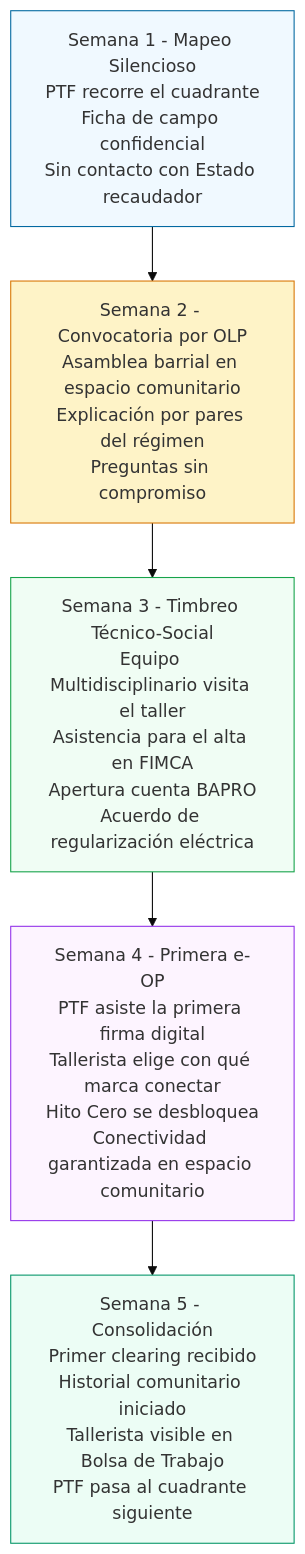
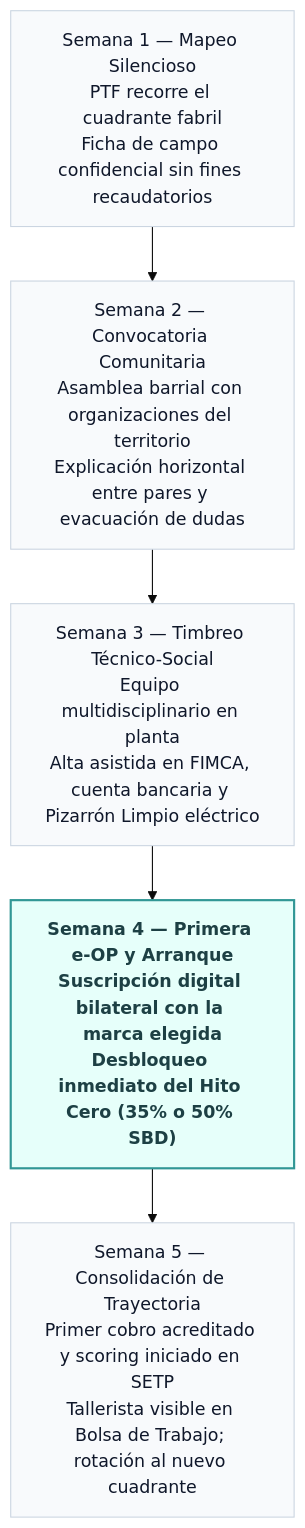
Before and after one commit to sarthouse/indinopy: the diagram in docs/md/dossier_fimca_addenda3.md, drawn with Mermaid (base theme). The commit also changed other lines of this file and 11 other files, not shown here.

````diff
--- a/docs/md/dossier_fimca_addenda3.md
+++ b/docs/md/dossier_fimca_addenda3.md
@@ -131,18 +131,12 @@
 ```mermaid
 flowchart TD
-    S1[Semana 1 - Mapeo Silencioso\nPTF recorre el cuadrante\nFicha de campo confidencial\nSin contacto con Estado recaudador] --> S2
+    S1["Semana 1 — Mapeo Silencioso\nPTF recorre el cuadrante fabril\nFicha de campo confidencial sin fines recaudatorios"] --> S2
+    S2["Semana 2 — Convocatoria Comunitaria\nAsamblea barrial con organizaciones del territorio\nExplicación horizontal entre pares y evacuación de dudas"] --> S3
+    S3["Semana 3 — Timbreo Técnico-Social\nEquipo multidisciplinario en planta\nAlta asistida en FIMCA, cuenta bancaria y Pizarrón Limpio eléctrico"] --> S4
+    S4["Semana 4 — Primera e-OP y Arranque\nSuscripción digital bilateral con la marca elegida\nDesbloqueo inmediato del Hito Cero (35% o 50% SBD)"] --> S5
+    S5["Semana 5 — Consolidación de Trayectoria\nPrimer cobro acreditado y scoring iniciado en SETP\nTallerista visible en Bolsa de Trabajo; rotación al nuevo cuadrante"]
 
-    S2[Semana 2 - Convocatoria por OLP\nAsamblea barrial en espacio comunitario\nExplicación por pares del régimen\nPreguntas sin compromiso] --> S3
-
-    S3[Semana 3 - Timbreo Técnico-Social\nEquipo Multidisciplinario visita el taller\nAsistencia para el alta en FIMCA\nApertura cuenta BAPRO\nAcuerdo de regularización eléctrica] --> S4
-
-    S4[Semana 4 - Primera e-OP\nPTF asiste la primera firma digital\nTallerista elige con qué marca conectar\nHito Cero se desbloquea\nConectividad garantizada en espacio comunitario] --> S5
-
-    S5[Semana 5 - Consolidación\nPrimer clearing recibido\nHistorial comunitario iniciado\nTallerista visible en Bolsa de Trabajo\nPTF pasa al cuadrante siguiente]
-
-    style S1 fill:#f0f9ff,stroke:#0369a1
-    style S2 fill:#fef3c7,stroke:#d97706
-    style S3 fill:#f0fdf4,stroke:#16a34a
-    style S4 fill:#fdf4ff,stroke:#9333ea
-    style S5 fill:#ecfdf5,stroke:#059669
+    classDef default fill:#F8FAFC,stroke:#CBD5E1,stroke-width:1px,color:#0F172A;
+    classDef start fill:#E6FFFA,stroke:#319795,stroke-width:2px,color:#1D4044,font-weight:bold;
+    class S4 start;
 ```
````
